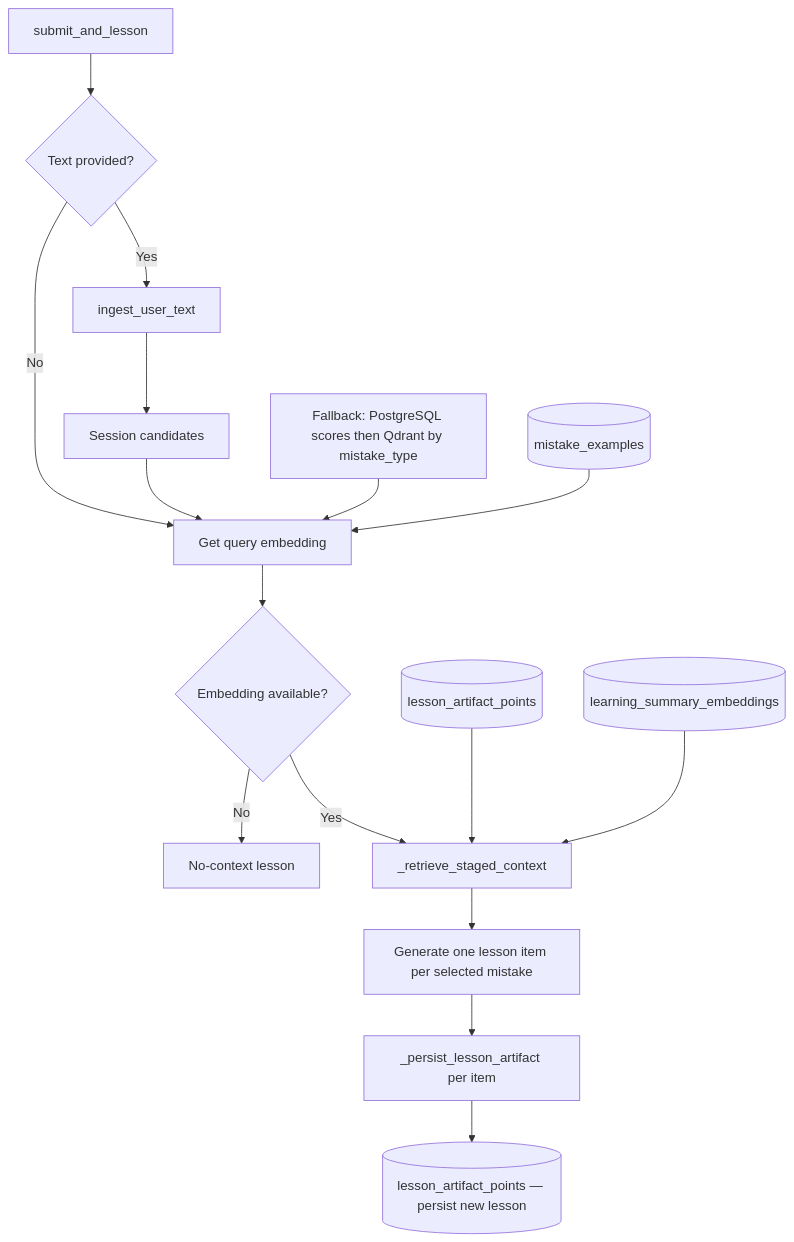
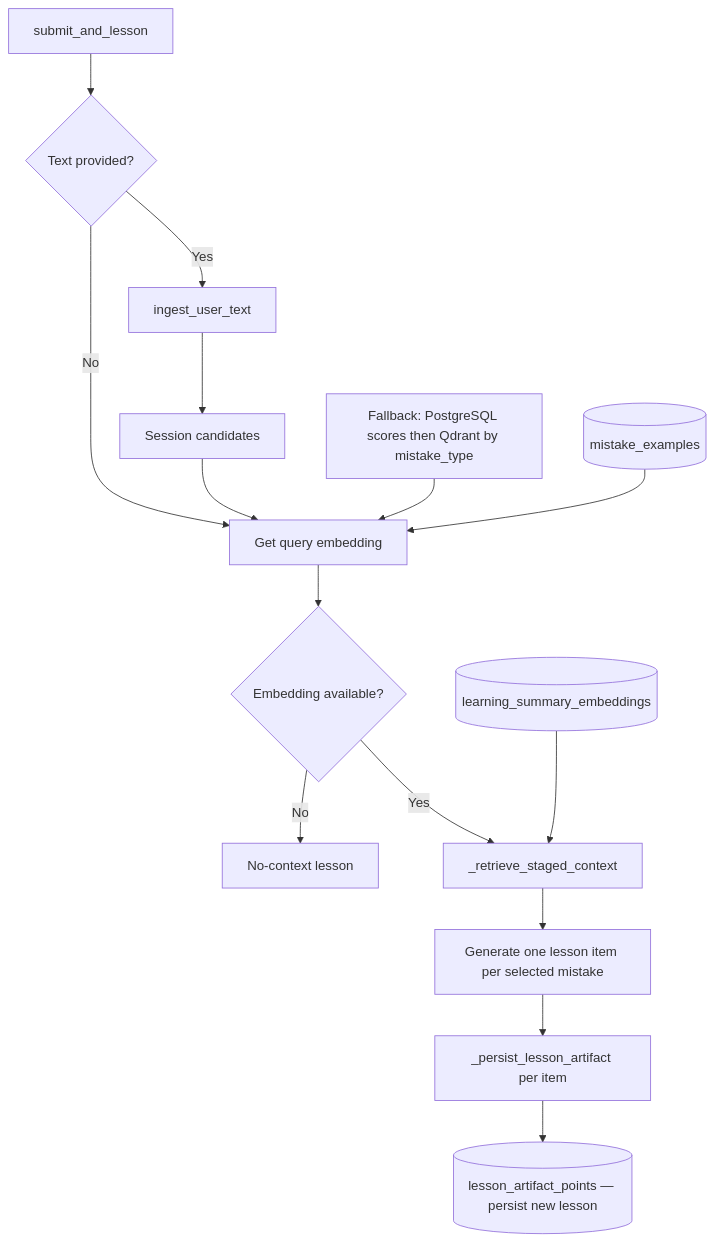
One commit to ali5p/lexory changed the second of 2 diagrams in README.md. Above: the diagram before and after it, drawn with Mermaid. The commit also changed other lines of this file and 5 other files, not shown here.

````diff
--- a/README.md
+++ b/README.md
@@ -182,39 +185,37 @@
 ```mermaid
 flowchart TB
     A[submit_and_lesson]
     B{Text provided?}
     C[ingest_user_text]
     D[Get query embedding]
     E{Embedding available?}
     F[No-context lesson]
 
     G[_retrieve_staged_context]
     H[Generate one lesson item per selected mistake]
     I[_persist_lesson_artifact per item]
 
     J[Session candidates]
     K[Fallback: PostgreSQL scores then Qdrant by mistake_type]
     L[(mistake_examples)]
-    M[(lesson_artifact_points)]
     N[(learning_summary_embeddings)]
     O[(lesson_artifact_points — persist new lesson)]
 
     A --> B
     B -- Yes --> C
     B -- No --> D
     C --> J
     J --> D
     K --> D
     L --> D
 
     D --> E
     E -- No --> F
     E -- Yes --> G
 
     G --> H
-    M --> G
     N --> G
 
     H --> I
     I --> O
 ```
````
